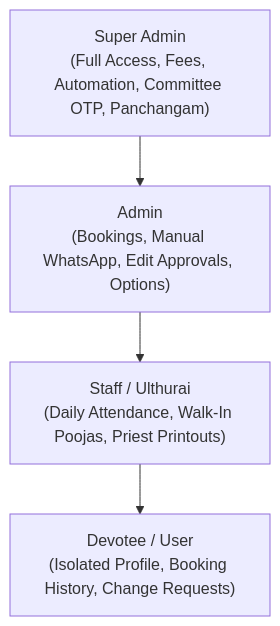
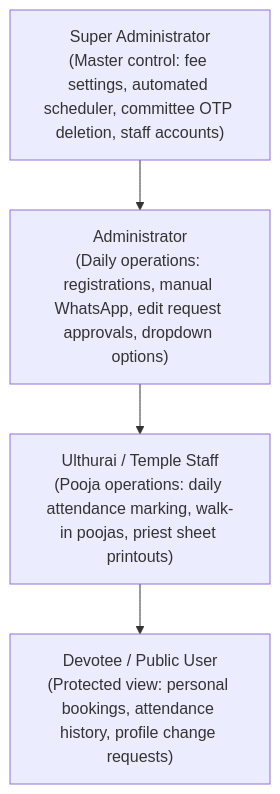
Before and after one commit to marlinabishak/Vairavan_Koil: the first of 3 diagrams in END_TO_END_SYSTEM_MANUAL.md, drawn with Mermaid. The commit also changed other lines of this file, not shown here.

Commit message:
docs: humanize and professionalize end-to-end system manual

````diff
--- a/END_TO_END_SYSTEM_MANUAL.md
+++ b/END_TO_END_SYSTEM_MANUAL.md
@@ -59,11 +31,11 @@
 ```mermaid
 graph TD
-    SuperAdmin["Super Admin<br/>(Full Access, Fees, Automation, Committee OTP, Panchangam)"]
-    Admin["Admin<br/>(Bookings, Manual WhatsApp, Edit Approvals, Options)"]
-    Ulthurai["Staff / Ulthurai<br/>(Daily Attendance, Walk-In Poojas, Priest Printouts)"]
-    Devotee["Devotee / User<br/>(Isolated Profile, Booking History, Change Requests)"]
+    SuperAdmin["Super Administrator<br/>(Master control: fee settings, automated scheduler, committee OTP deletion, staff accounts)"]
+    Admin["Administrator<br/>(Daily operations: registrations, manual WhatsApp, edit request approvals, dropdown options)"]
+    Ulthurai["Ulthurai / Temple Staff<br/>(Pooja operations: daily attendance marking, walk-in poojas, priest sheet printouts)"]
+    Devotee["Devotee / Public User<br/>(Protected view: personal bookings, attendance history, profile change requests)"]
 
     SuperAdmin --> Admin
     Admin --> Ulthurai
     Ulthurai --> Devotee
 ```
````
